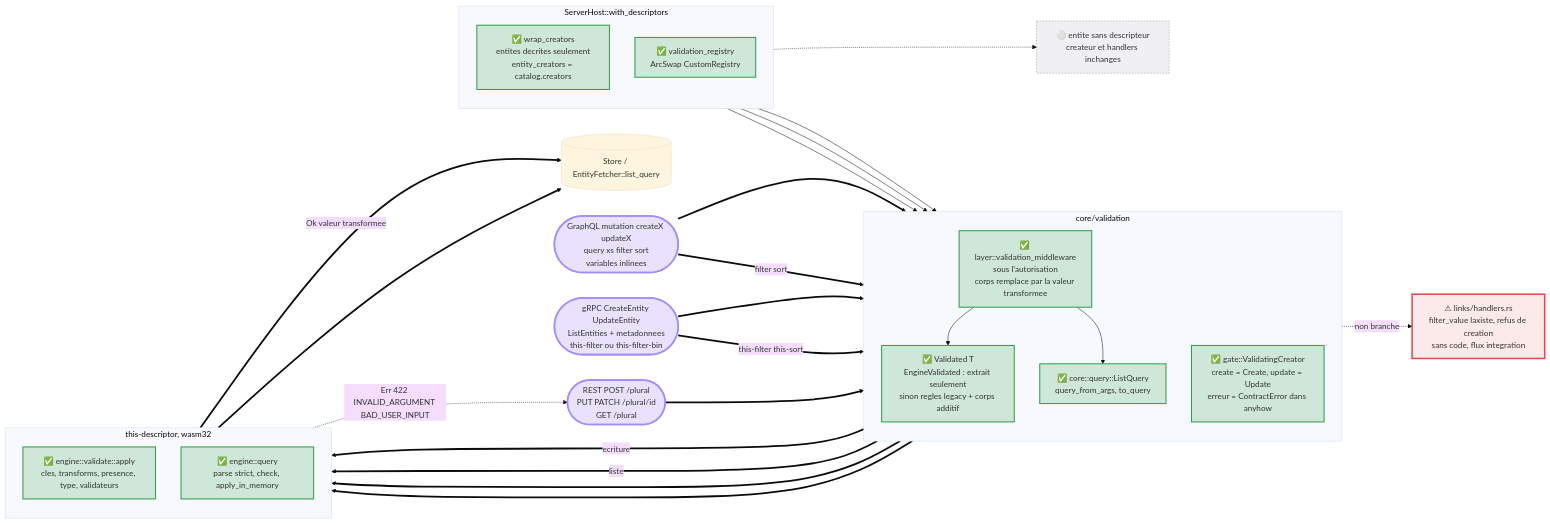
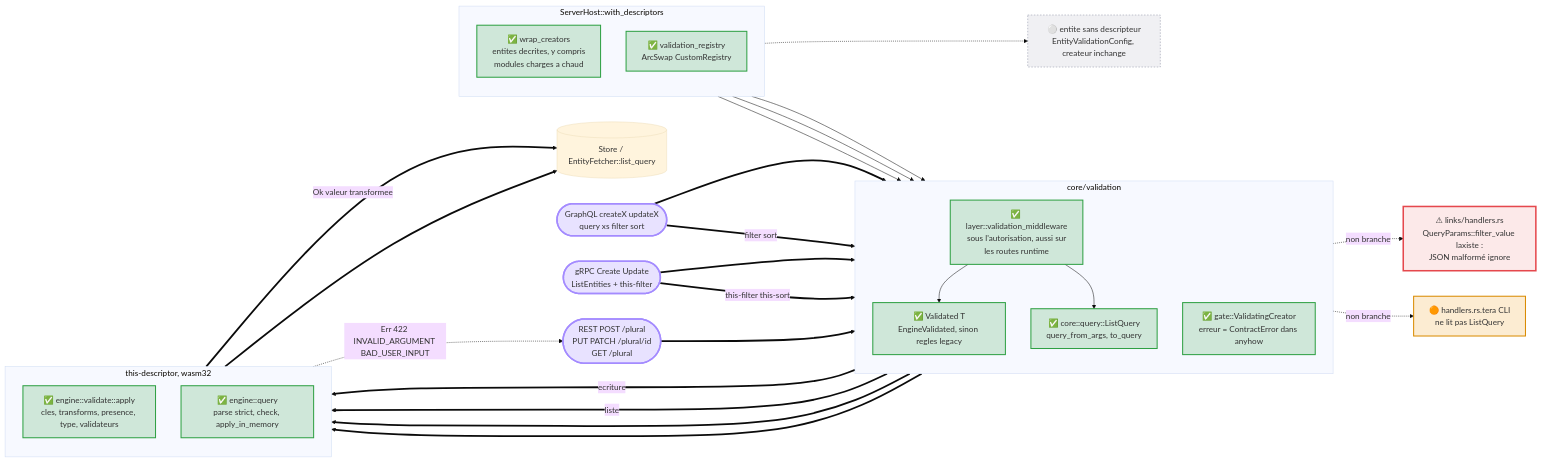
One commit to this-rs/this changed the diagram in docs/atlas/module-descriptor/validation-pipeline-commun.mmd. Above: the diagram before and after it, drawn with Mermaid (base theme). The commit also changed 13 other files, not shown here.

First line of the commit message:
docs(module-descriptor): delivered state in the RFC and diagrams aligned with the integrated code

```diff
--- a/docs/atlas/module-descriptor/validation-pipeline-commun.mmd
+++ b/docs/atlas/module-descriptor/validation-pipeline-commun.mmd
@@ -1,65 +1,66 @@
+%% name: module-descriptor-validation-pipeline
+%% QUESTION : par ou passe une ecriture ou une liste d'entite decrite, sur chaque protocole ?
+%% PROUVE (MESURE) : flux validation (validating_creator_blocks_invalid_graphql_payload, rest_create_validated_without_validated_extractor,
+%%   generated_rest_update_rejects_invalid_payload, query_params_malformed_filter_is_400, graphql_variables_reach_validation_and_filters,
+%%   grpc_filter_bin_metadata_and_unreadable_value_refused) ; integration : e2e same_invalid_payload_same_code_on_rest_graphql_grpc (relance revue)
+%%   et creation REST via route de lien = 422 this.validation.* (integration a1ce734).
+%% LU : src/core/validation/{gate,layer,extractor,config}.rs, src/core/query.rs (filter_value, try_filter_value), src/links/handlers.rs,
+%%   this-cli/src/templates/entity/handlers.rs.tera (aucun ListQuery).
+%% NON ETABLI : WebSocket n'ecrit pas d'entite ; rendu d'erreur du chemin dynamic_schema GraphQL non teste.
 flowchart LR
-%% name: module-descriptor-validation-pipeline
-%% PROUVE (flux validation, md/validation) : une ecriture d'entite DECRITE passe par engine::validate sur REST, GraphQL et gRPC ;
-%%   meme code this.validation.positive sur les trois (same_invalid_payload_same_code_on_rest_graphql_grpc) ; store jamais atteint ;
-%%   filtre et tri types appliques avant pagination en REST (ListQuery), GraphQL (args filter/sort) et gRPC (metadonnees this-filter/this-sort).
-%% REVUE (0c8b4c9) : variables GraphQL inlinees avant resolution (graphql_variables_reach_validation_and_filters) ; sort non chaine = malformed_sort ;
-%%   metadonnees gRPC illisibles = INVALID_ARGUMENT, valeurs UTF-8 via this-filter-bin (grpc_filter_bin_metadata_and_unreadable_value_refused) ; update refuse en GraphQL et gRPC.
-%% SOURCES LUES : src/core/validation/{gate,layer,extractor,config}.rs, src/core/query.rs, src/server/host.rs,
-%%   src/server/exposure/{rest/mod.rs,graphql/mod.rs,graphql/executor/query_executor.rs,grpc/entity_service.rs}, crates/this-descriptor/src/engine/{validate,query}.rs.
-%% NON ETABLI : WebSocket n'ecrit pas d'entite (aucun appel create_from_json sous websocket/) ; handlers REST de liens (links/handlers.rs) gardent filter_value laxiste (flux integration) ;
-%%   chemin dynamic_schema GraphQL valide via les createurs mais son rendu d'erreur n'est pas teste.
     classDef ok       fill:#2ea04333,stroke:#2ea043,stroke-width:2px
     classDef todo     fill:#f0a02033,stroke:#d98a00,stroke-width:2px
     classDef refused  fill:#e5484d33,stroke:#e5484d,stroke-width:2px,stroke-dasharray:6 3
     classDef upstream fill:#8b8fa322,stroke:#8b8fa3,stroke-dasharray:3 3
     classDef trap     fill:#e5484d1f,stroke:#e5484d,stroke-width:3px
     classDef entry    fill:#a48bff40,stroke:#a48bff,stroke-width:3px
 
     RESTIN(["REST POST /plural<br/>PUT PATCH /plural/id<br/>GET /plural"]):::entry
-    GQLIN(["GraphQL mutation createX updateX<br/>query xs filter sort<br/>variables inlinees"]):::entry
-    GRPCIN(["gRPC CreateEntity UpdateEntity<br/>ListEntities + metadonnees<br/>this-filter ou this-filter-bin"]):::entry
+    GQLIN(["GraphQL createX updateX<br/>query xs filter sort"]):::entry
+    GRPCIN(["gRPC Create Update<br/>ListEntities + this-filter"]):::entry
 
     subgraph HOST["ServerHost::with_descriptors"]
         direction TB
-        WRAP["✅ wrap_creators<br/>entites decrites seulement<br/>entity_creators = catalog.creators"]:::ok
+        WRAP["✅ wrap_creators<br/>entites decrites, y compris<br/>modules charges a chaud"]:::ok
         REG["✅ validation_registry<br/>ArcSwap CustomRegistry"]:::ok
     end
 
     subgraph CORE["core/validation"]
         direction TB
-        LAYER["✅ layer::validation_middleware<br/>sous l'autorisation<br/>corps remplace par la valeur transformee"]:::ok
-        GATE["✅ gate::ValidatingCreator<br/>create = Create, update = Update<br/>erreur = ContractError dans anyhow"]:::ok
-        SHIM["✅ Validated T<br/>EngineValidated : extrait seulement<br/>sinon regles legacy + corps additif"]:::ok
+        LAYER["✅ layer::validation_middleware<br/>sous l'autorisation, aussi sur<br/>les routes runtime"]:::ok
+        GATE["✅ gate::ValidatingCreator<br/>erreur = ContractError dans anyhow"]:::ok
+        SHIM["✅ Validated T<br/>EngineValidated, sinon regles legacy"]:::ok
         LQ["✅ core::query::ListQuery<br/>query_from_args, to_query"]:::ok
     end
 
     subgraph ENG["this-descriptor, wasm32"]
         direction TB
         APPLY["✅ engine::validate::apply<br/>cles, transforms, presence, type, validateurs"]:::ok
         QE["✅ engine::query<br/>parse strict, check, apply_in_memory"]:::ok
     end
 
     STORE@{ shape: cyl, label: "Store / EntityFetcher::list_query" }
-    LEGACY["⚪ entite sans descripteur<br/>createur et handlers inchanges"]:::upstream
-    LINKS["⚠ links/handlers.rs<br/>filter_value laxiste, refus de creation<br/>sans code, flux integration"]:::trap
+    LEGACY["⚪ entite sans descripteur<br/>EntityValidationConfig, createur inchange"]:::upstream
+    LINKS["⚠ links/handlers.rs<br/>QueryParams::filter_value laxiste :<br/>JSON malformé ignore"]:::trap
+    TPL["🟠 handlers.rs.tera CLI<br/>ne lit pas ListQuery"]:::todo
 
     RESTIN ==> LAYER
     LAYER ==>|"ecriture"| APPLY
     LAYER ==>|"liste"| QE
     LAYER --> SHIM
     LAYER --> LQ
     GQLIN ==> GATE
     GRPCIN ==> GATE
     GQLIN ==>|"filter sort"| LQ
     GRPCIN ==>|"this-filter this-sort"| LQ
     WRAP --> GATE
     REG --> GATE
     REG --> LAYER
     GATE ==> APPLY
     LQ ==> QE
     APPLY ==>|"Ok valeur transformee"| STORE
     QE ==> STORE
     APPLY -.->|"Err 422 INVALID_ARGUMENT BAD_USER_INPUT"| RESTIN
     WRAP -.-> LEGACY
     LQ -.->|"non branche"| LINKS
+    LQ -.->|"non branche"| TPL
```
